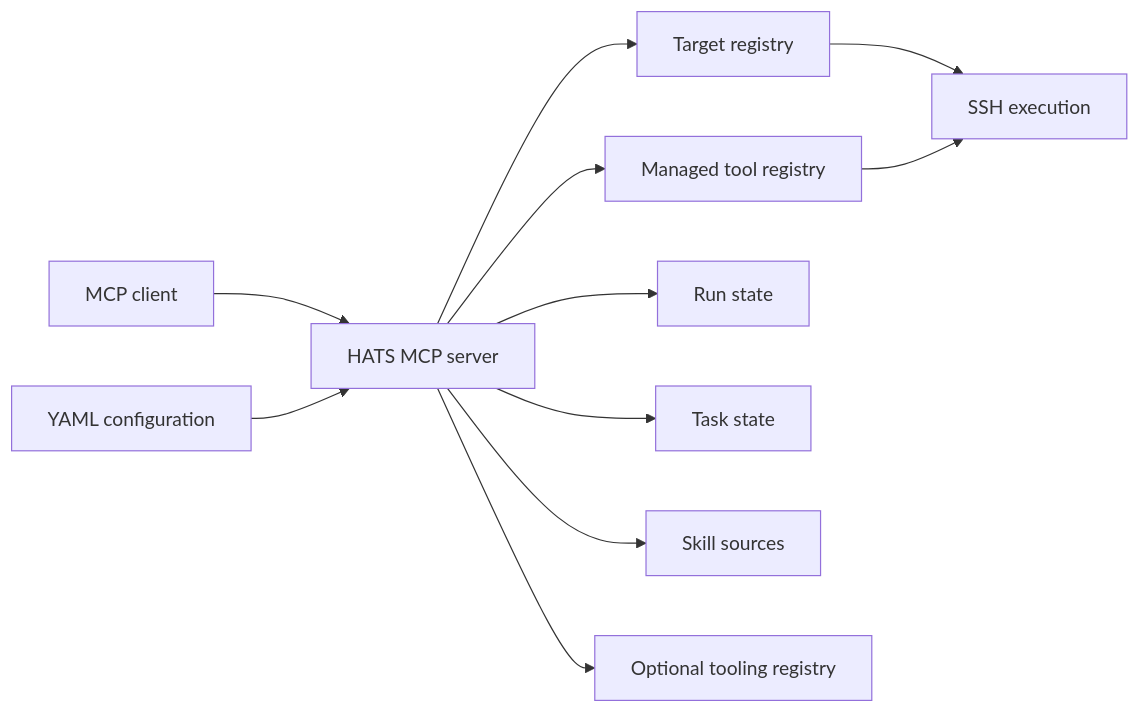
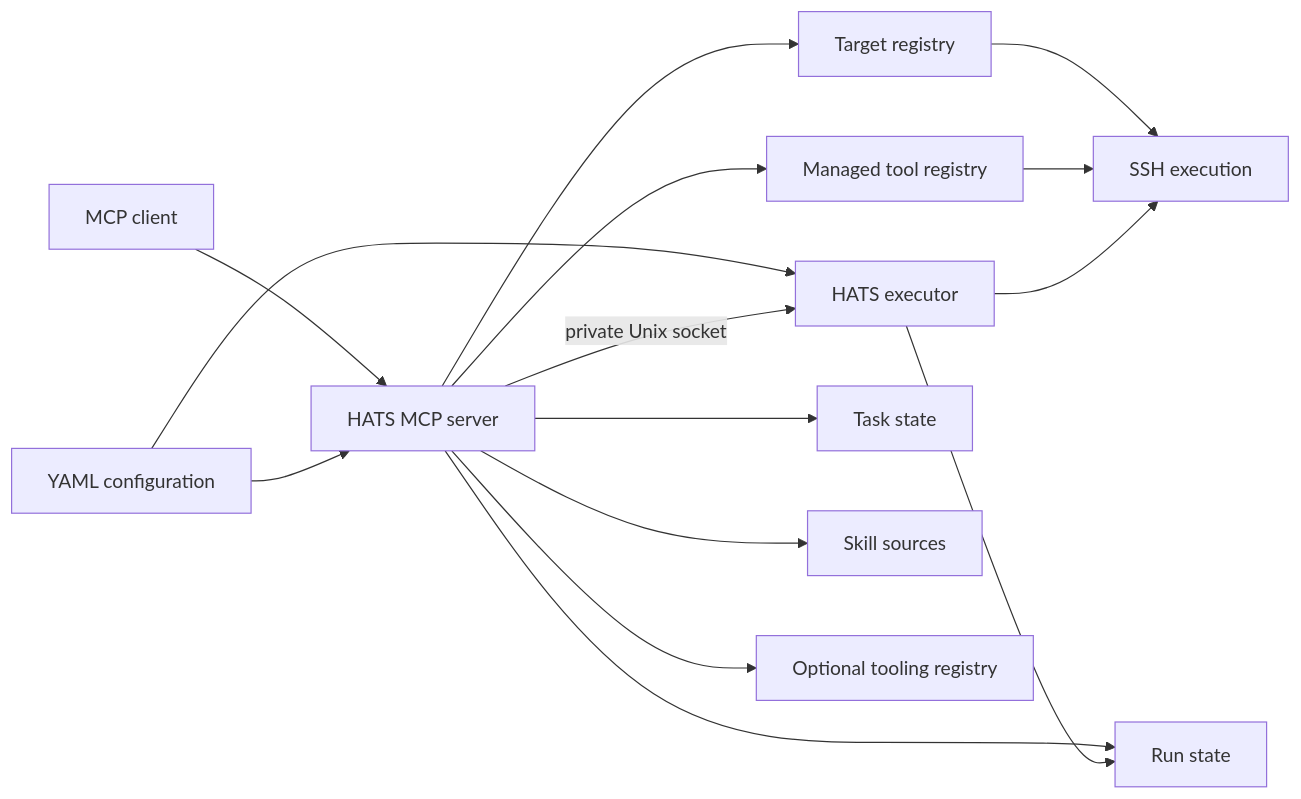
Before and after one commit to X1pheR/hypershell-reach: the first of 4 diagrams in docs/architecture.md, drawn with Mermaid. The commit also changed other lines of this file and 24 other files, not shown here.

````diff
--- a/docs/architecture.md
+++ b/docs/architecture.md
@@ -7,13 +7,17 @@
 ```mermaid
 flowchart LR
     Client[MCP client] --> Server[HATS MCP server]
     Config[YAML configuration] --> Server
+    Config --> Executor[HATS executor]
     Server --> Targets[Target registry]
     Server --> Tools[Managed tool registry]
+    Server -->|private Unix socket| Executor
     Targets --> SSH[SSH execution]
     Tools --> SSH
+    Executor --> SSH
     Server --> Runs[Run state]
+    Executor --> Runs
     Server --> Tasks[Task state]
     Server --> Skills[Skill sources]
     Server --> Registry[Optional tooling registry]
 ```
````
